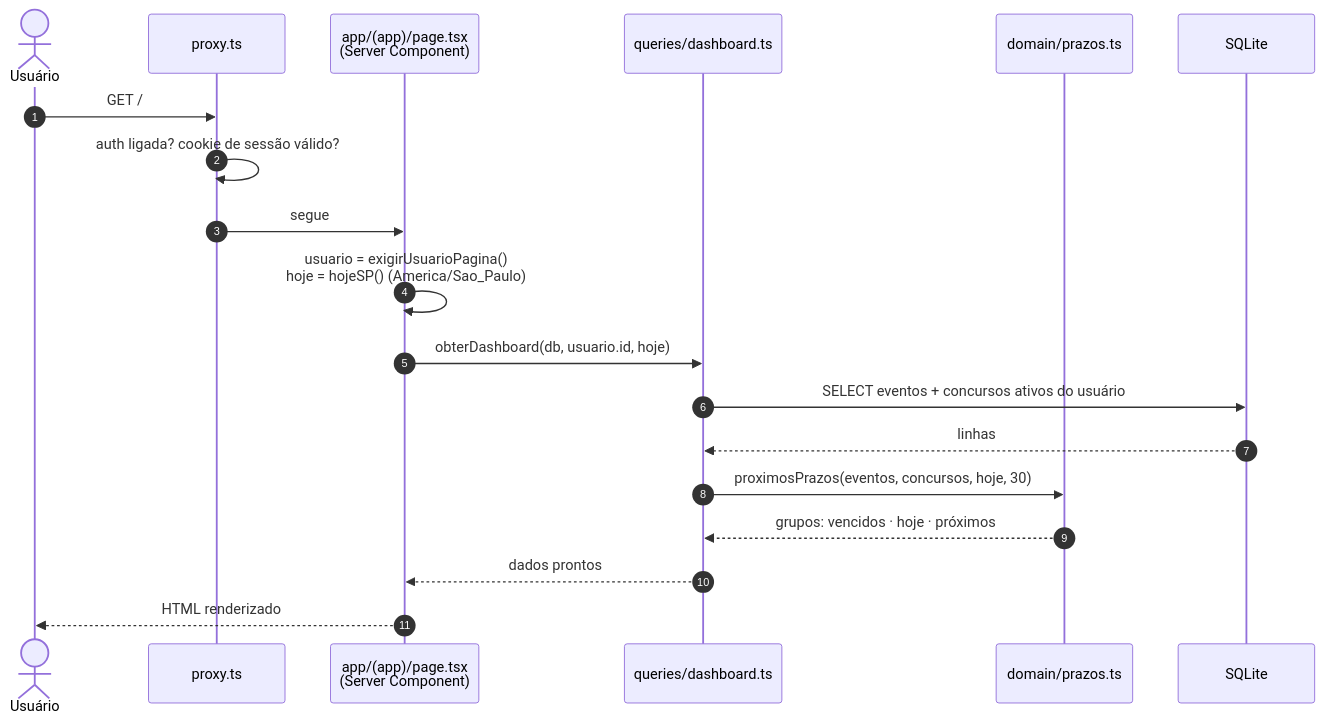
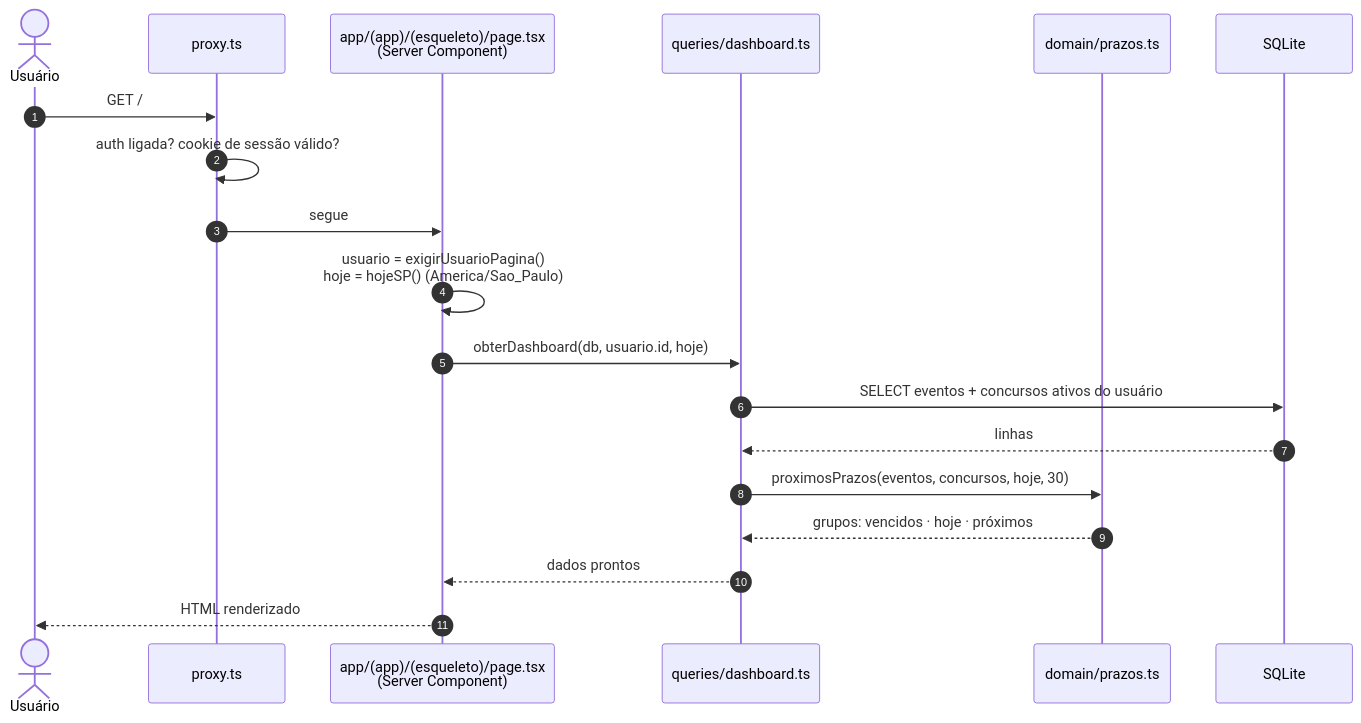
Before and after one commit to rkenjiak/concurso: the fourth of 24 diagrams in docs/GUIA-ARQUITETURA.md, drawn with Mermaid. The commit also changed other lines of this file and 23 other files, not shown here.

````diff
--- a/docs/GUIA-ARQUITETURA.md
+++ b/docs/GUIA-ARQUITETURA.md
@@ -195,22 +195,22 @@
 ```mermaid
 sequenceDiagram
   autonumber
   actor U as Usuário
   participant P as proxy.ts
-  participant Pg as app/(app)/page.tsx<br/>(Server Component)
+  participant Pg as app/(app)/(esqueleto)/page.tsx<br/>(Server Component)
   participant Q as queries/dashboard.ts
   participant D as domain/prazos.ts
   participant DB as SQLite
 
   U->>P: GET /
   P->>P: auth ligada? cookie de sessão válido?
   P->>Pg: segue
   Pg->>Pg: usuario = exigirUsuarioPagina()<br/>hoje = hojeSP()  (America/Sao_Paulo)
   Pg->>Q: obterDashboard(db, usuario.id, hoje)
   Q->>DB: SELECT eventos + concursos ativos do usuário
   DB-->>Q: linhas
   Q->>D: proximosPrazos(eventos, concursos, hoje, 30)
   D-->>Q: grupos: vencidos · hoje · próximos
   Q-->>Pg: dados prontos
   Pg-->>U: HTML renderizado
 ```
````
